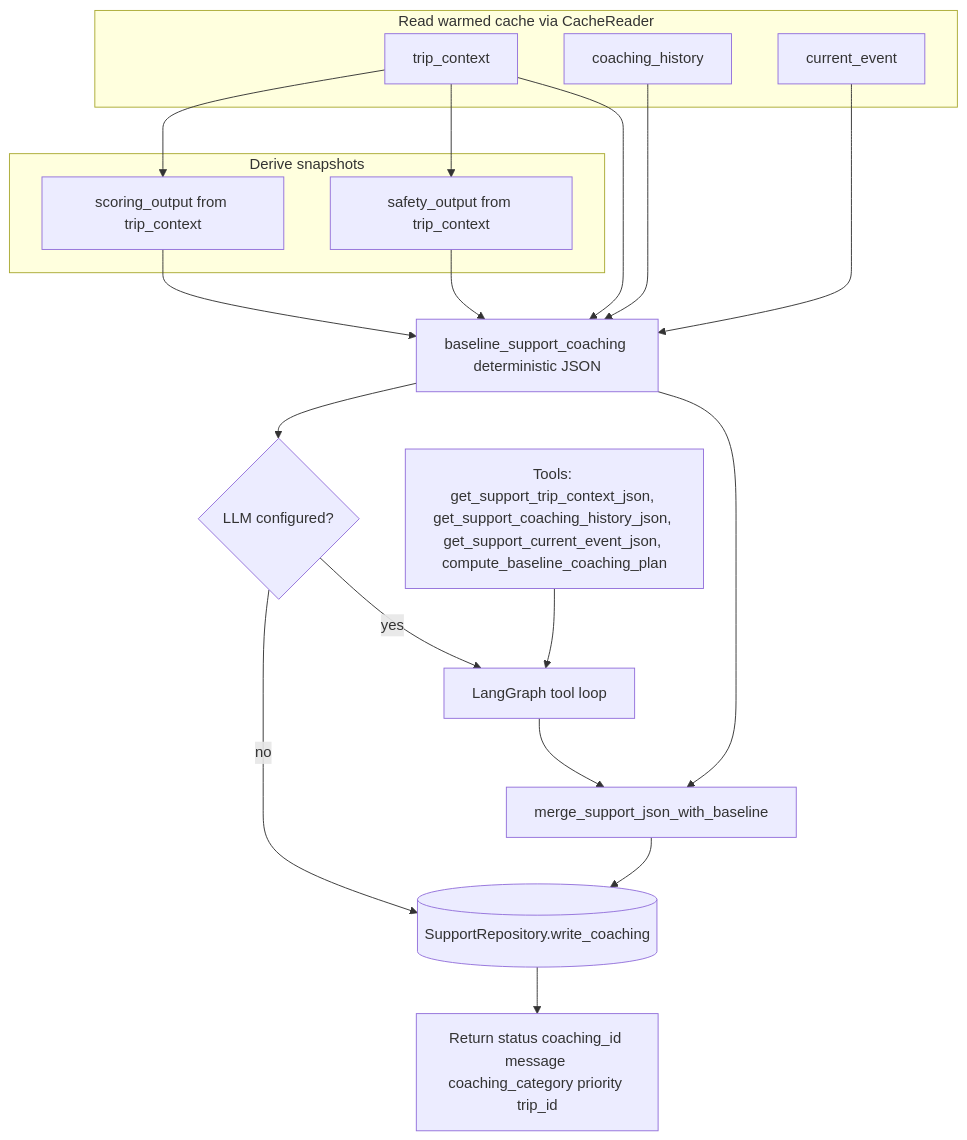
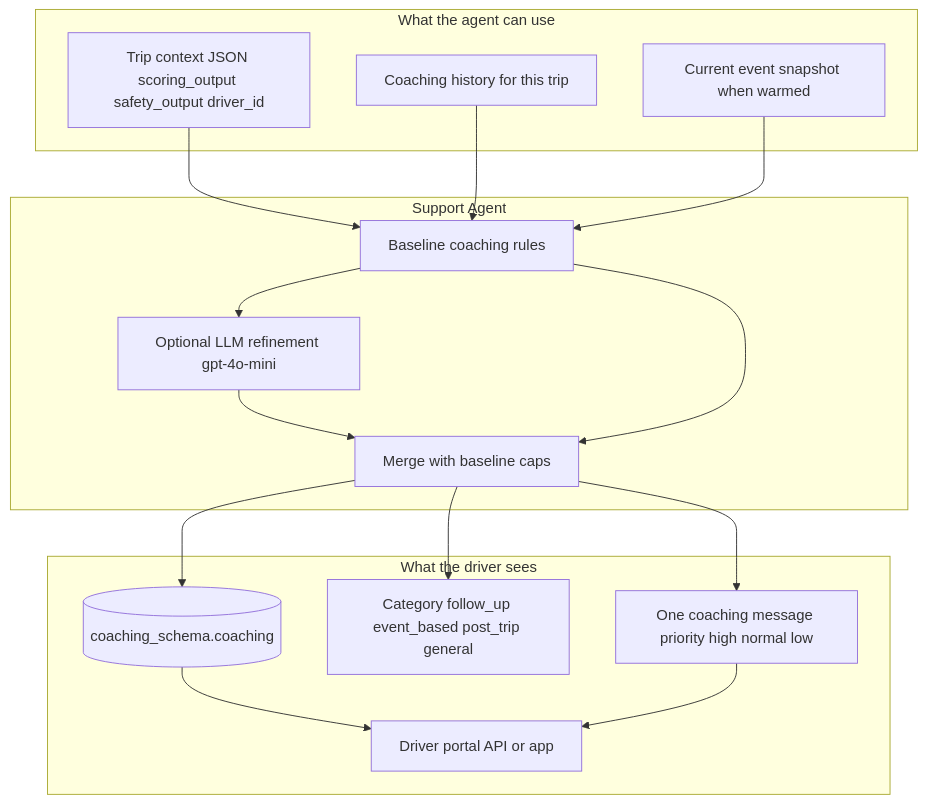
The fourth of 4 diagrams in docs/03-agents/34_support_agent.md (tracedata-ai/tracedata-ai-monorepo), drawn with Mermaid before and after one commit. The commit also changed other lines of this file, not shown here.

Commit message:
TDATA-91-DOCS(support): README updated

````diff
--- a/docs/03-agents/34_support_agent.md
+++ b/docs/03-agents/34_support_agent.md
@@ -153,37 +120,33 @@
 ```mermaid
 flowchart TB
-  subgraph read [Read warmed cache via CacheReader]
-    M1[trip_context]
-    M2[coaching_history]
-    M3[current_event]
+  subgraph inputs [What the agent can use]
+    TC[Trip context JSON scoring_output safety_output driver_id]
+    CH[Coaching history for this trip]
+    EV[Current event snapshot when warmed]
   end
 
-  subgraph derive [Derive snapshots]
-    SC[scoring_output from trip_context]
-    SF[safety_output from trip_context]
+  subgraph brain [Support Agent]
+    BL[Baseline coaching rules]
+    LLM[Optional LLM refinement gpt-4o-mini]
+    MERGE[Merge with baseline caps]
   end
 
-  BASE[baseline_support_coaching deterministic JSON]
-  LLM{LLM configured?}
-  TG[LangGraph tool loop]
-  TOOLS["Tools: get_support_trip_context_json, get_support_coaching_history_json, get_support_current_event_json, compute_baseline_coaching_plan"]
-  MERGE[merge_support_json_with_baseline]
-  DB[(SupportRepository.write_coaching)]
-  RET[Return status coaching_id message coaching_category priority trip_id]
+  subgraph out [What the driver sees]
+    MSG[One coaching message priority high normal low]
+    CAT[Category follow_up event_based post_trip general]
+    DB[(coaching_schema.coaching)]
+    APP[Driver portal API or app]
+  end
 
-  M1 --> SC
-  M1 --> SF
-  M1 --> BASE
-  M2 --> BASE
-  M3 --> BASE
-  SC --> BASE
-  SF --> BASE
-  BASE --> LLM
-  LLM -->|no| DB
-  LLM -->|yes| TG
-  TOOLS --> TG
-  TG --> MERGE
-  BASE --> MERGE
+  TC --> BL
+  CH --> BL
+  EV --> BL
+  BL --> LLM
+  LLM --> MERGE
+  BL --> MERGE
+  MERGE --> MSG
+  MERGE --> CAT
   MERGE --> DB
-  DB --> RET
+  DB --> APP
+  MSG --> APP
 ```
````
